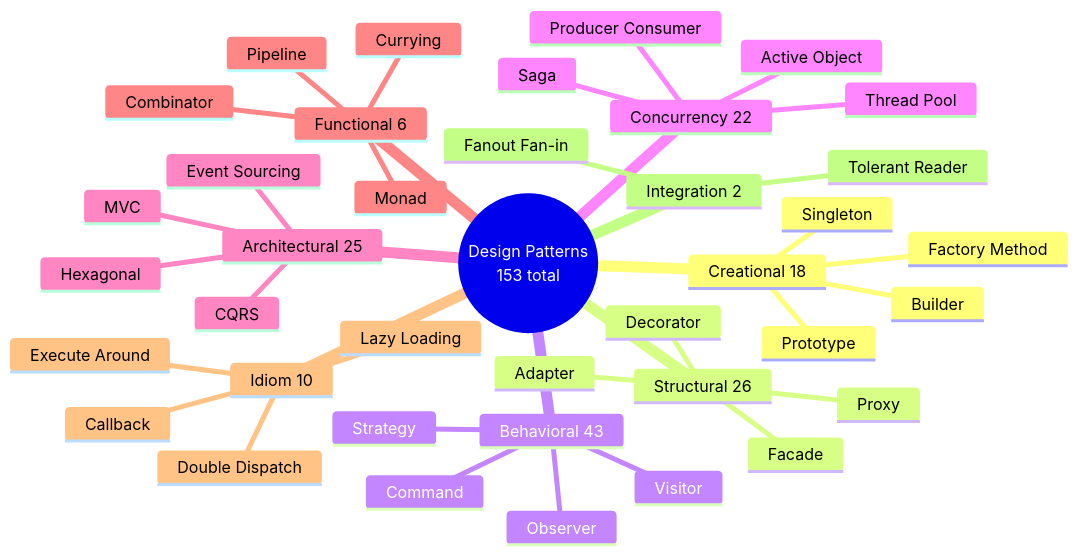
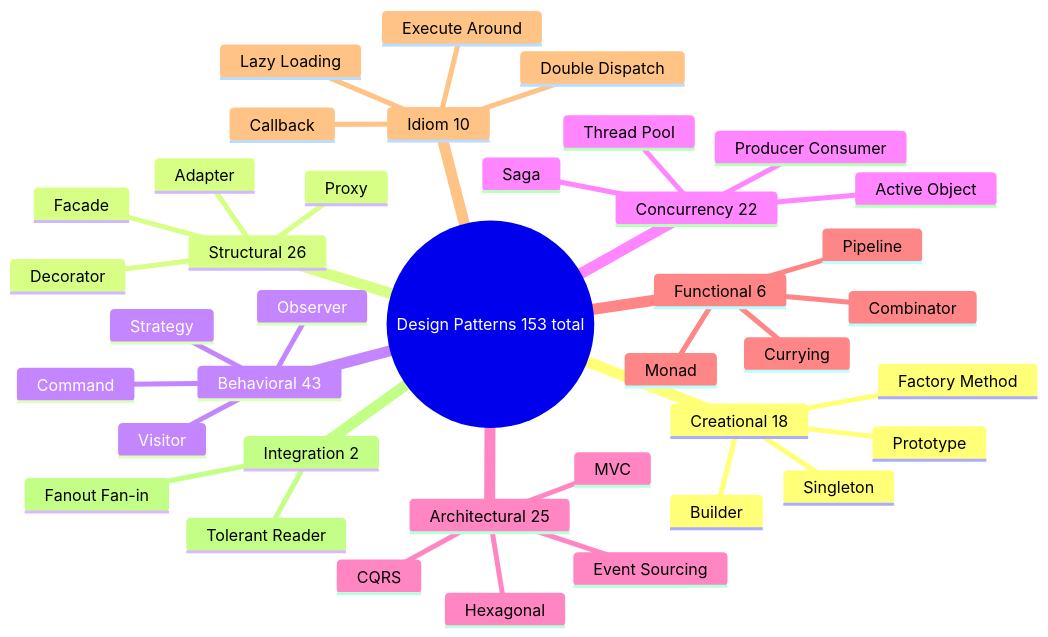
The diagram in README.md (dadhich-ashish/java-design-patterns), drawn with Mermaid before and after one commit. The commit also changed 1 other file, not shown here.

Commit message:
docs: fix line break comment given by github-action[bot] https://github.com/iluwatar/java-design-patterns/pull/3463/changes#r3043458599

````diff
--- a/README.md
+++ b/README.md
@@ -65,43 +65,42 @@
 ```mermaid
 mindmap
-  root((Design Patterns
-153 total))
+  root((Design Patterns 153 total))
     Creational 18
       Builder
       Factory Method
       Singleton
       Prototype
     Structural 26
       Adapter
       Decorator
       Proxy
       Facade
     Behavioral 43
       Observer
       Strategy
       Command
       Visitor
     Concurrency 22
       Producer Consumer
       Thread Pool
       Active Object
       Saga
     Architectural 25
       CQRS
       Hexagonal
       Event Sourcing
       MVC
     Functional 6
       Monad
       Currying
       Pipeline
       Combinator
     Idiom 10
       Callback
       Lazy Loading
       Execute Around
       Double Dispatch
     Integration 2
       Fanout Fan-in
       Tolerant Reader
 ```
````
